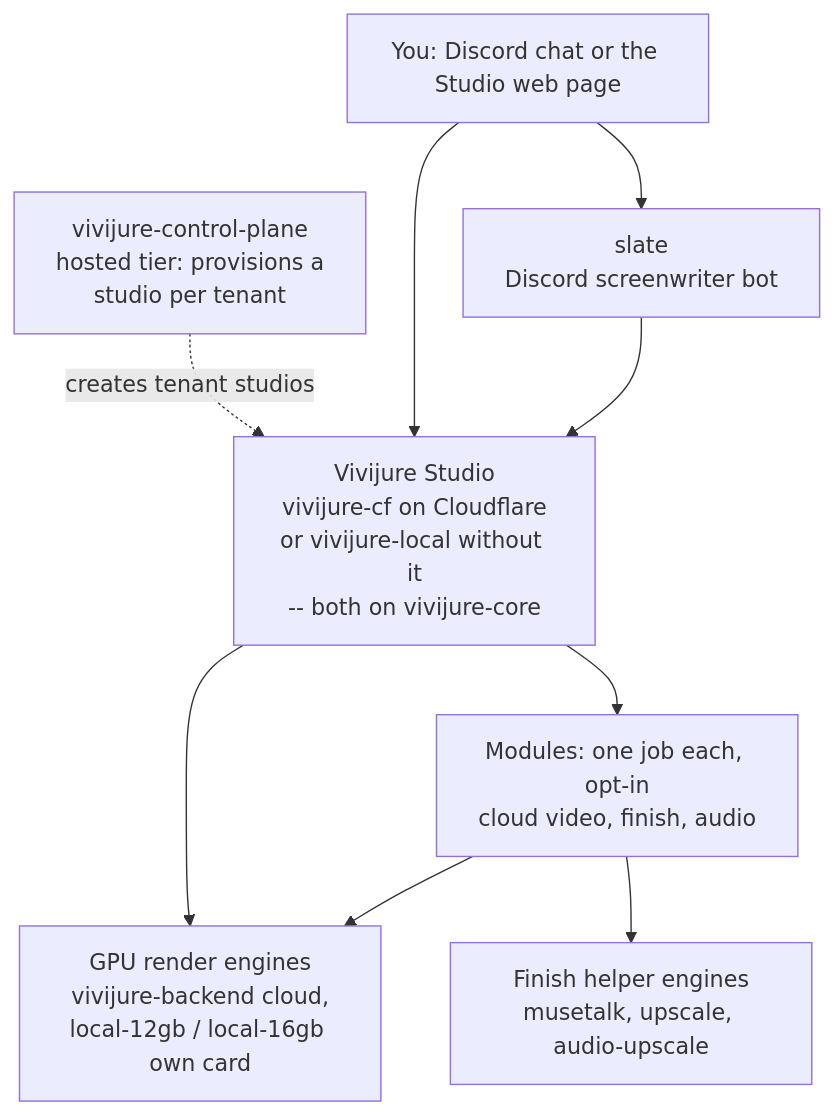
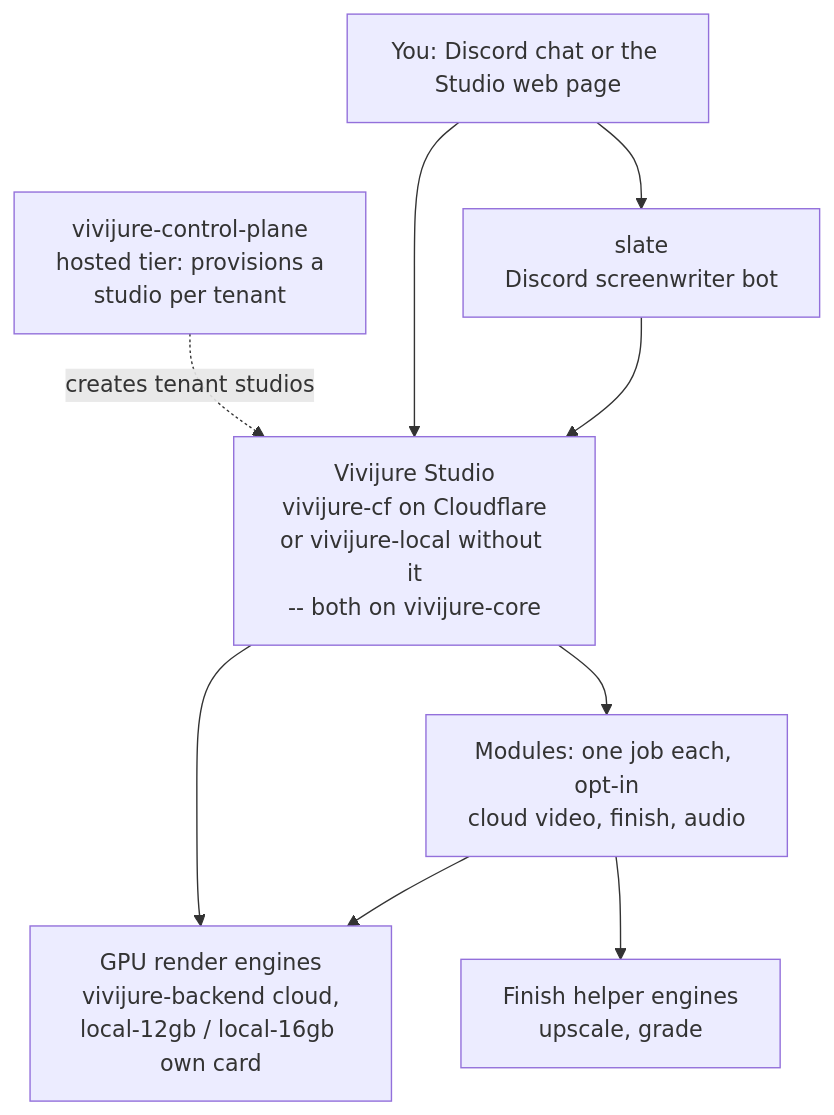
One commit to skyphusion-labs/vivijure changed the first of 2 diagrams in README.md. Above: the diagram before and after it, drawn with Mermaid. The commit also changed other lines of this file and 4 other files, not shown here.

````diff
--- a/README.md
+++ b/README.md
@@ -35,19 +37,19 @@
 ```mermaid
 flowchart TD
     you[You: Discord chat or the Studio web page]
     slate[slate<br/>Discord screenwriter bot]
     studio[Vivijure Studio<br/>vivijure-cf on Cloudflare<br/>or vivijure-local without it<br/>-- both on vivijure-core]
     modules[Modules: one job each, opt-in<br/>cloud video, finish, audio]
     gpu[GPU render engines<br/>vivijure-backend cloud,<br/>local-12gb / local-16gb own card]
-    finish[Finish helper engines<br/>musetalk, upscale, audio-upscale]
+    finish[Finish helper engines<br/>upscale, grade]
 
     hosted[vivijure-control-plane<br/>hosted tier: provisions a<br/>studio per tenant]
 
     you --> slate --> studio
     you --> studio
     hosted -. creates tenant studios .-> studio
     studio --> modules
     modules --> gpu
     modules --> finish
     studio --> gpu
 ```
````
